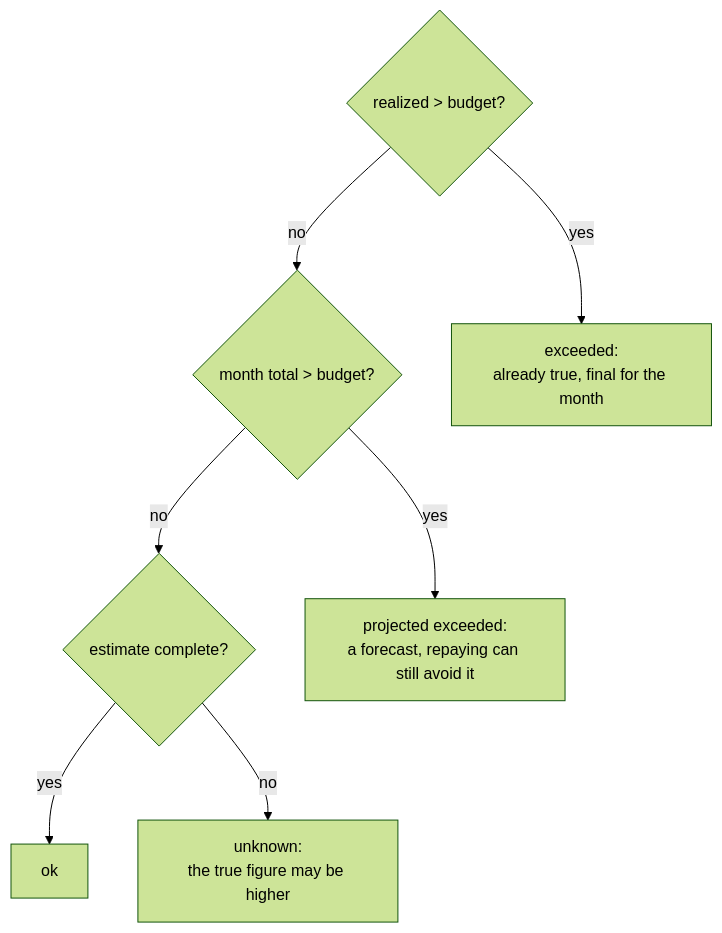
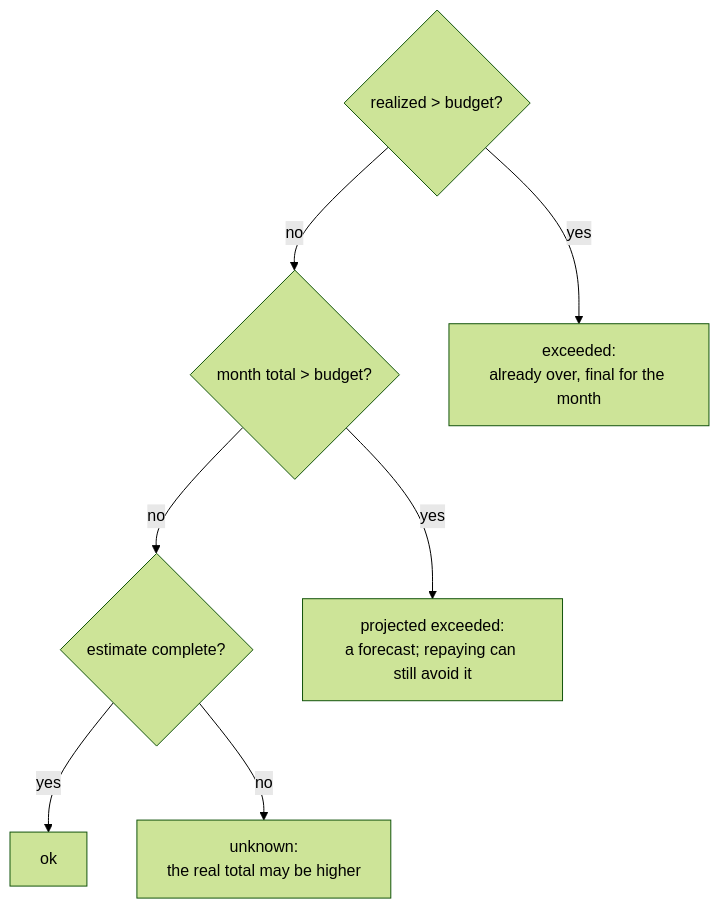
The fifth of 7 diagrams in doc/design/margin-interest-budget.md (c9s/bbgo), drawn with Mermaid (forest theme) before and after one commit. The commit also changed other lines of this file, not shown here.

````diff
--- a/doc/design/margin-interest-budget.md
+++ b/doc/design/margin-interest-budget.md
@@ -317,12 +186,12 @@
 ```mermaid
 flowchart TD
     r{"realized > budget?"}
     m{"month total > budget?"}
     c{"estimate complete?"}
-    r -- yes --> exceeded["exceeded:<br/>already true, final for the month"]
+    r -- yes --> exceeded["exceeded:<br/>already over, final for the month"]
     r -- no --> m
-    m -- yes --> projected["projected exceeded:<br/>a forecast, repaying can still avoid it"]
+    m -- yes --> projected["projected exceeded:<br/>a forecast; repaying can still avoid it"]
     m -- no --> c
     c -- yes --> ok["ok"]
-    c -- no --> unknown["unknown:<br/>the true figure may be higher"]
+    c -- no --> unknown["unknown:<br/>the real total may be higher"]
 ```
````
